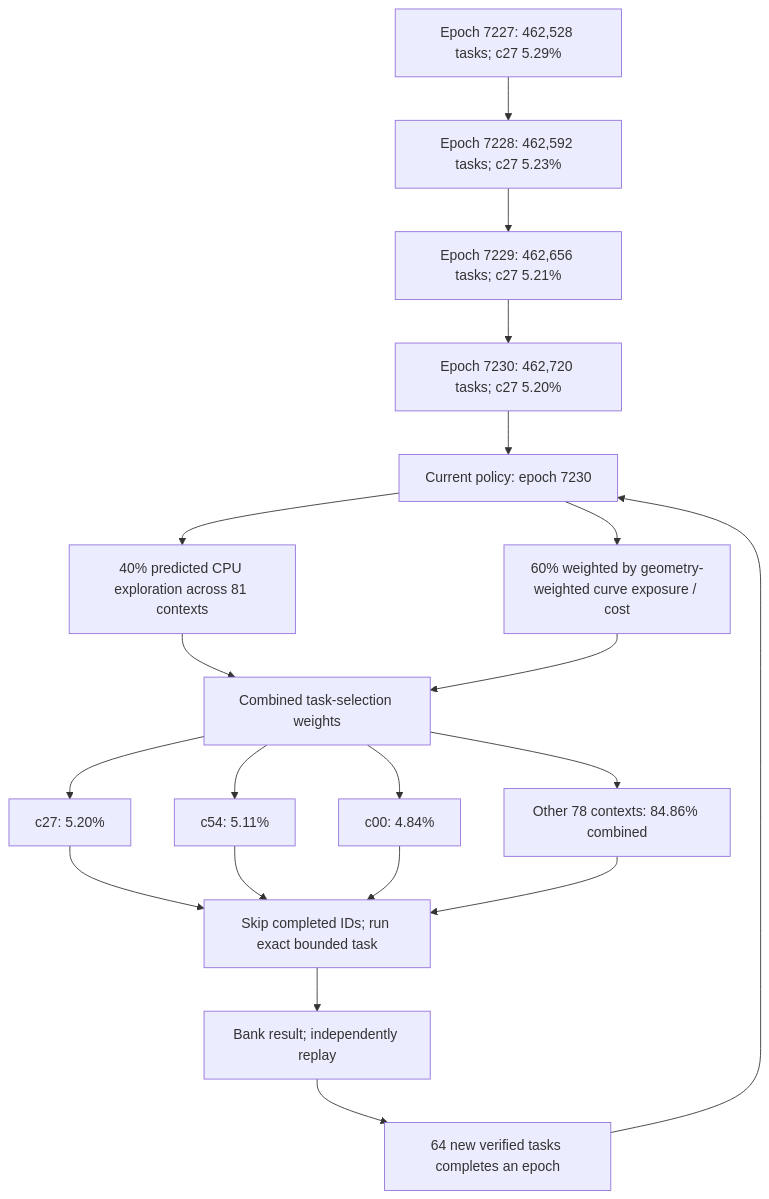
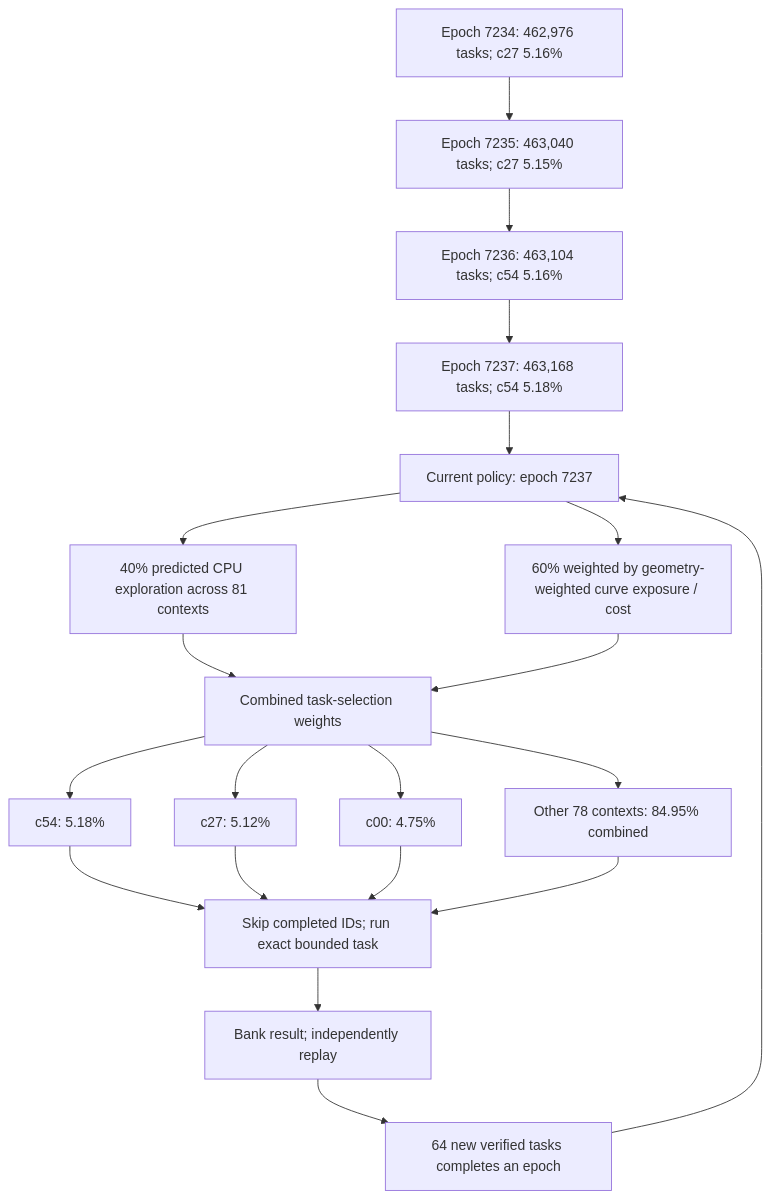
The first of 4 diagrams in README.md (Kuberwastaken/math-gambling), drawn with Mermaid before and after one commit. The commit also changed other lines of this file and 1467 other files, not shown here.

````diff
--- a/README.md
+++ b/README.md
@@ -60,27 +60,27 @@
 ```mermaid
 flowchart TD
-    H0["Epoch 7227: 462,528 tasks; c27 5.29%"]
-    H1["Epoch 7228: 462,592 tasks; c27 5.23%"]
+    H0["Epoch 7234: 462,976 tasks; c27 5.16%"]
+    H1["Epoch 7235: 463,040 tasks; c27 5.15%"]
     H0 --> H1
-    H2["Epoch 7229: 462,656 tasks; c27 5.21%"]
+    H2["Epoch 7236: 463,104 tasks; c54 5.16%"]
     H1 --> H2
-    H3["Epoch 7230: 462,720 tasks; c27 5.20%"]
+    H3["Epoch 7237: 463,168 tasks; c54 5.18%"]
     H2 --> H3
-    Policy["Current policy: epoch 7230"]
+    Policy["Current policy: epoch 7237"]
     H3 --> Policy
     Policy --> Explore["40% predicted CPU exploration across 81 contexts"]
     Policy --> Cost["60% weighted by geometry-weighted curve exposure / cost"]
     Explore --> Mix["Combined task-selection weights"]
     Cost --> Mix
-    Mix --> C0["c27: 5.20%"]
-    Mix --> C1["c54: 5.11%"]
-    Mix --> C2["c00: 4.84%"]
-    Mix --> Rest["Other 78 contexts: 84.86% combined"]
+    Mix --> C0["c54: 5.18%"]
+    Mix --> C1["c27: 5.12%"]
+    Mix --> C2["c00: 4.75%"]
+    Mix --> Rest["Other 78 contexts: 84.95% combined"]
     C0 --> Check["Skip completed IDs; run exact bounded task"]
     C1 --> Check
     C2 --> Check
     Rest --> Check
     Check --> Replay["Bank result; independently replay"]
     Replay --> Gate["64 new verified tasks completes an epoch"]
     Gate --> Policy
 ```
````
